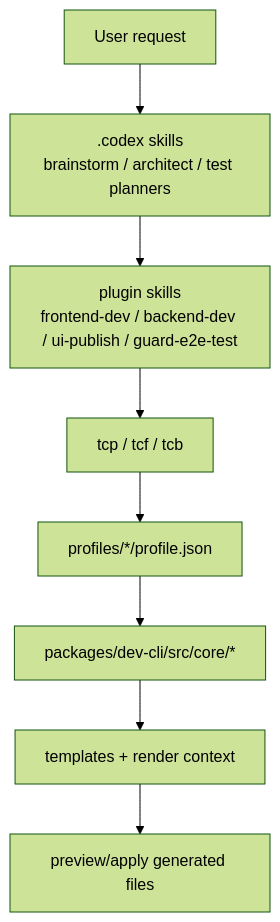
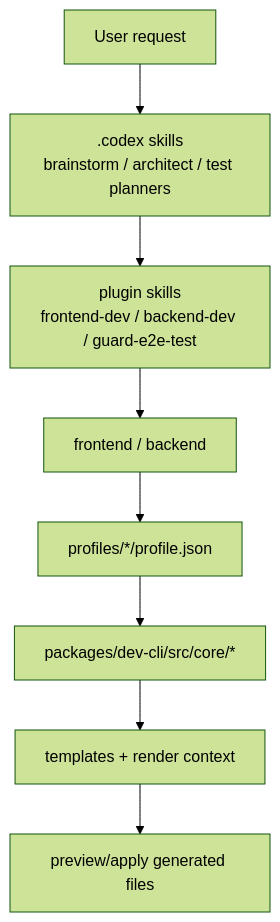
Before and after one commit to SeoJaeWan/try-claude-code: the ninth of 14 diagrams in docs/claude-code-workflow-evolution.md, drawn with Mermaid (forest theme). The commit also changed other lines of this file and 110 other files, not shown here.

Commit message:
refactor: unify frontend and backend CLI surfaces

````diff
--- a/docs/claude-code-workflow-evolution.md
+++ b/docs/claude-code-workflow-evolution.md
@@ -447,19 +447,19 @@
 ```mermaid
 flowchart TD
     U["User request"]
     PLAN[".codex skills<br/>brainstorm / architect / test planners"]
-    PSK["plugin skills<br/>frontend-dev / backend-dev / ui-publish / guard-e2e-test"]
-    CLI["tcp / tcf / tcb"]
+    PSK["plugin skills<br/>frontend-dev / backend-dev / guard-e2e-test"]
+    CLI["frontend / backend"]
     PROFILE["profiles/*/profile.json"]
     CORE["packages/dev-cli/src/core/*"]
     TEMPLATE["templates + render context"]
     OUT["preview/apply generated files"]
 
     U --> PLAN
     PLAN --> PSK
     PSK --> CLI
     CLI --> PROFILE
     PROFILE --> CORE
     CORE --> TEMPLATE
     TEMPLATE --> OUT
 ```
````
